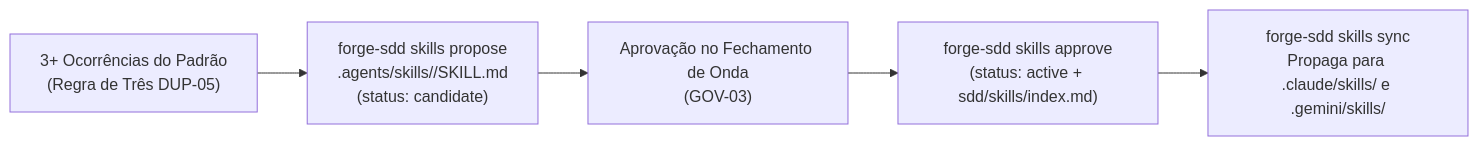
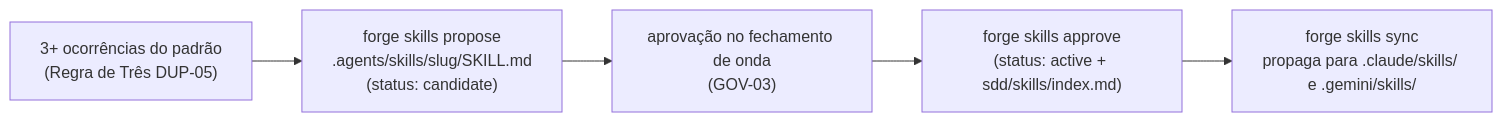
One commit to nathanramorim/forge-sdd changed the sixth of 6 diagrams in sdd/spec/flows.md. Above: the diagram before and after it, drawn with Mermaid. The commit also changed other lines of this file and 9 other files, not shown here.

````diff
--- a/sdd/spec/flows.md
+++ b/sdd/spec/flows.md
@@ -58,7 +111,7 @@
 ```mermaid
 flowchart LR
-    E["3+ Ocorrências do Padrão<br/>(Regra de Três DUP-05)"] --> P["forge-sdd skills propose<br/>.agents/skills/<slug>/SKILL.md<br/>(status: candidate)"]
-    P --> R["Aprovação no Fechamento de Onda<br/>(GOV-03)"]
-    R --> A["forge-sdd skills approve<br/>(status: active + sdd/skills/index.md)"]
-    A --> S["forge-sdd skills sync<br/>Propaga para .claude/skills/ e .gemini/skills/"]
+    E["3+ ocorrências do padrão<br/>(Regra de Três DUP-05)"] --> P["forge skills propose<br/>.agents/skills/slug/SKILL.md<br/>(status: candidate)"]
+    P --> R["aprovação no fechamento de onda<br/>(GOV-03)"]
+    R --> A["forge skills approve<br/>(status: active + sdd/skills/index.md)"]
+    A --> S["forge skills sync<br/>propaga para .claude/skills/ e .gemini/skills/"]
 ```
````
